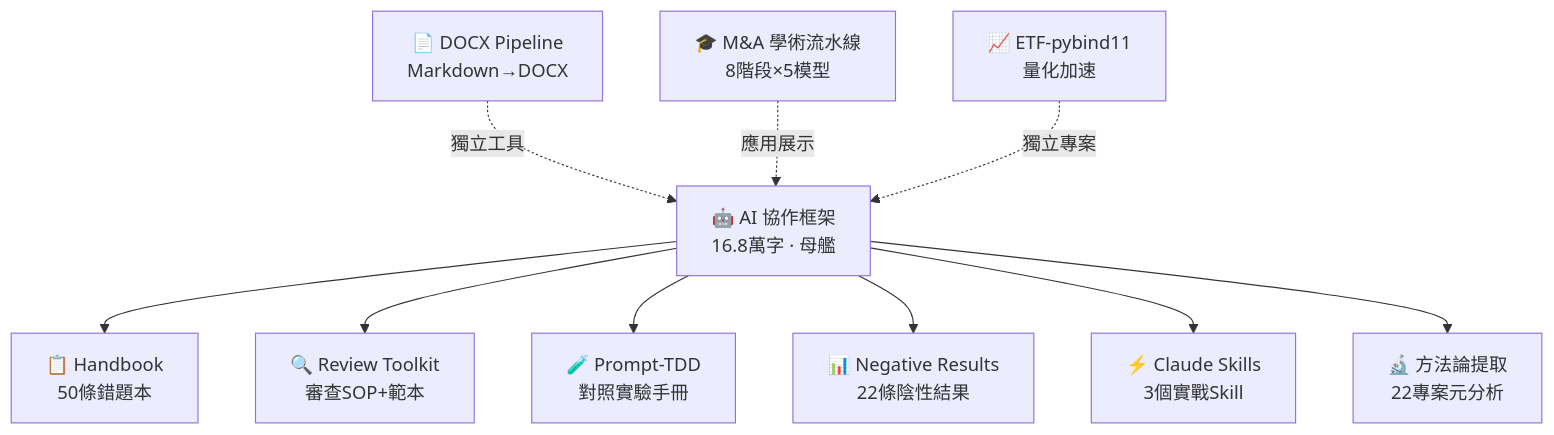
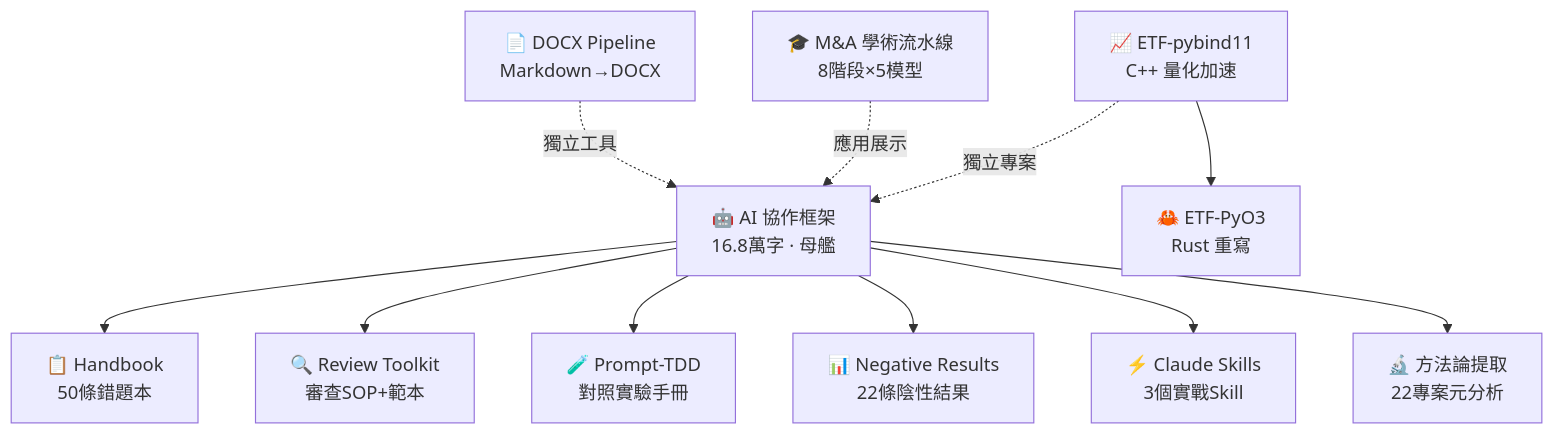
Before and after one commit to redamancy231-create/redamancy231-create: the diagram in README.zh-Hant.md, drawn with Mermaid. The commit also changed other lines of this file, not shown here.

Commit message:
add etf-pattern-match-pyo3 to zh-Hant profile

````diff
--- a/README.zh-Hant.md
+++ b/README.zh-Hant.md
@@ -47,13 +48,14 @@
 ```mermaid
 graph TB
     F["🤖 AI 協作框架<br/>16.8萬字 · 母艦"]
     F --> H["📋 Handbook<br/>50條錯題本"]
     F --> R["🔍 Review Toolkit<br/>審查SOP+範本"]
     F --> P["🧪 Prompt-TDD<br/>對照實驗手冊"]
     F --> N["📊 Negative Results<br/>22條陰性結果"]
     F --> S["⚡ Claude Skills<br/>3個實戰Skill"]
     F --> M["🔬 方法論提取<br/>22專案元分析"]
     D["📄 DOCX Pipeline<br/>Markdown→DOCX"] -.->|獨立工具| F
     A["🎓 M&A 學術流水線<br/>8階段×5模型"] -.->|應用展示| F
-    Q["📈 ETF-pybind11<br/>量化加速"] -.->|獨立專案| F
+    Q["📈 ETF-pybind11<br/>C++ 量化加速"] -.->|獨立專案| F
+    Q --> E["🦀 ETF-PyO3<br/>Rust 重寫"]
 ```
````
